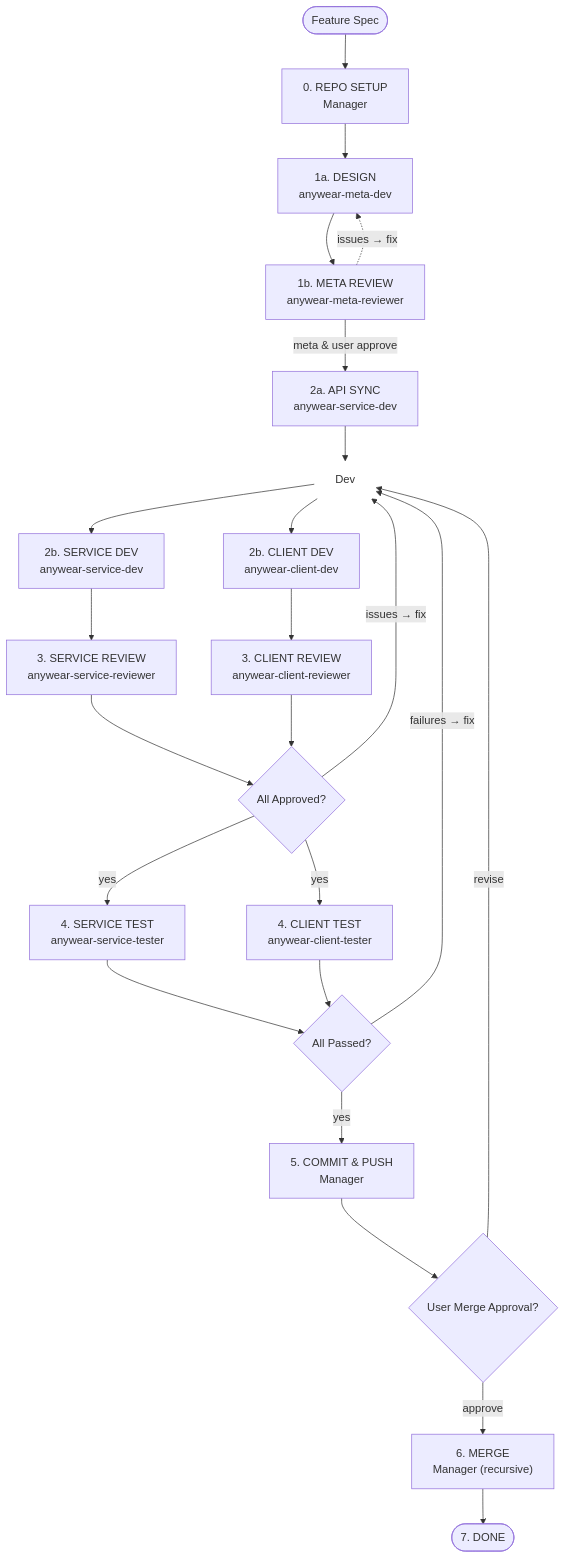
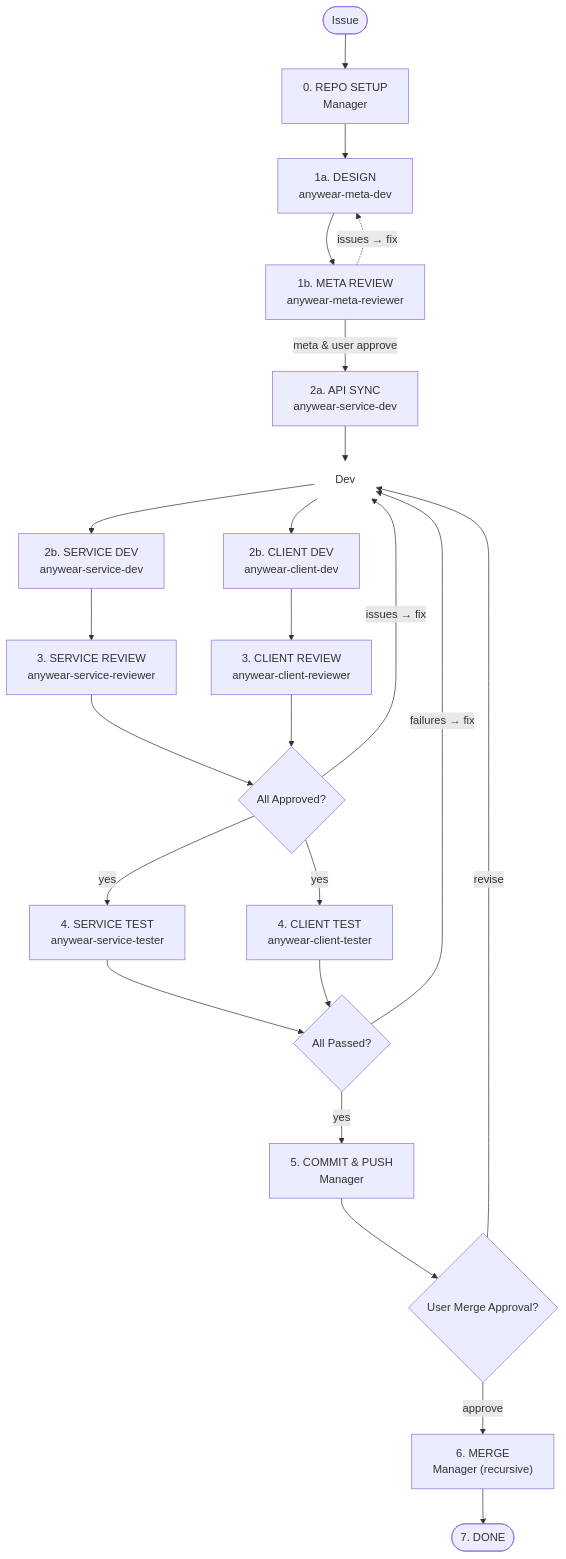
One commit to git-malu/AnyWear-E2E changed the diagram in .opencode/agents/anywear-manager.md. Above: the diagram before and after it, drawn with Mermaid. The commit also changed other lines of this file, not shown here.

Commit message:
refactor(manager): generalize from feature to issue (feature/bug/refactor)

````diff
--- a/.opencode/agents/anywear-manager.md
+++ b/.opencode/agents/anywear-manager.md
@@ -32,40 +32,40 @@
 ```mermaid
 flowchart TD
-    START(["Feature Spec"])
+    START(["Issue"])
 
     START --> SETUP["0. REPO SETUP<br/>Manager"]
 
     SETUP --> DESIGN["1a. DESIGN<br/>anywear-meta-dev"]
     DESIGN --> META_REVIEW["1b. META REVIEW<br/>anywear-meta-reviewer"]
     META_REVIEW -.->|issues → fix| DESIGN
     META_REVIEW -->|"meta & user approve"| API
 
     API["2a. API SYNC<br/>anywear-service-dev"]
 
     API --> DEV_FORK["Dev"]
     DEV_FORK --> S_DEV["2b. SERVICE DEV<br/>anywear-service-dev"]
     DEV_FORK --> C_DEV["2b. CLIENT DEV<br/>anywear-client-dev"]
 
     S_DEV --> S_REVIEW["3. SERVICE REVIEW<br/>anywear-service-reviewer"]
     C_DEV --> C_REVIEW["3. CLIENT REVIEW<br/>anywear-client-reviewer"]
 
     S_REVIEW --> REVIEW_OK{"All Approved?"}
     C_REVIEW --> REVIEW_OK
 
     REVIEW_OK -->|issues → fix| DEV_FORK
     REVIEW_OK -->|yes| S_TEST["4. SERVICE TEST<br/>anywear-service-tester"]
     REVIEW_OK -->|yes| C_TEST["4. CLIENT TEST<br/>anywear-client-tester"]
 
     S_TEST --> TEST_OK{"All Passed?"}
     C_TEST --> TEST_OK
 
     TEST_OK -->|failures → fix| DEV_FORK
     TEST_OK -->|yes| COMMIT["5. COMMIT & PUSH<br/>Manager"]
 
     COMMIT --> MERGE_APPROVAL{"User Merge Approval?"}
     MERGE_APPROVAL -->|revise| DEV_FORK
     MERGE_APPROVAL -->|approve| MERGE_RECURSIVE["6. MERGE<br/>Manager (recursive)"]
     MERGE_RECURSIVE --> DONE(["7. DONE"])
 
     style DEV_FORK fill:none,stroke:none
 ```
````
